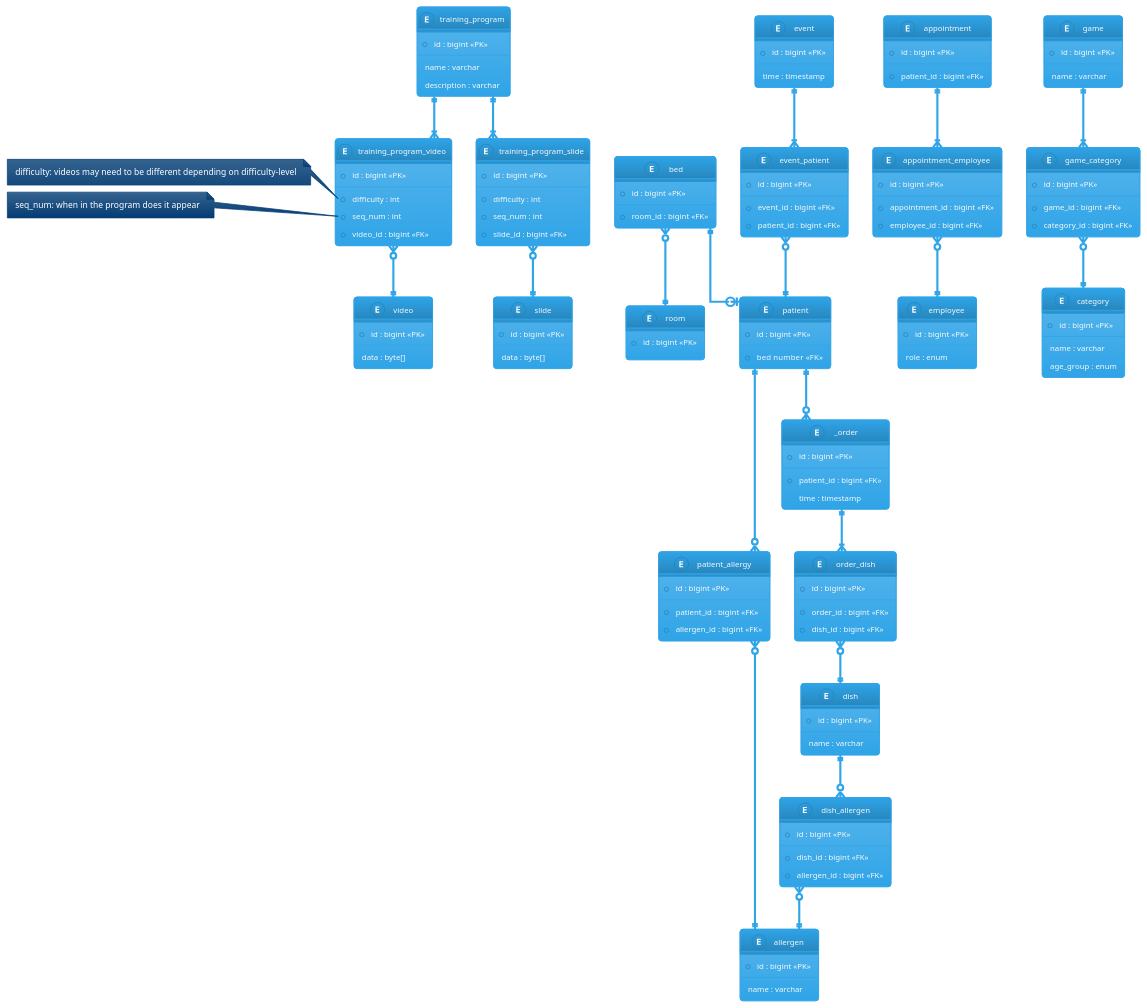
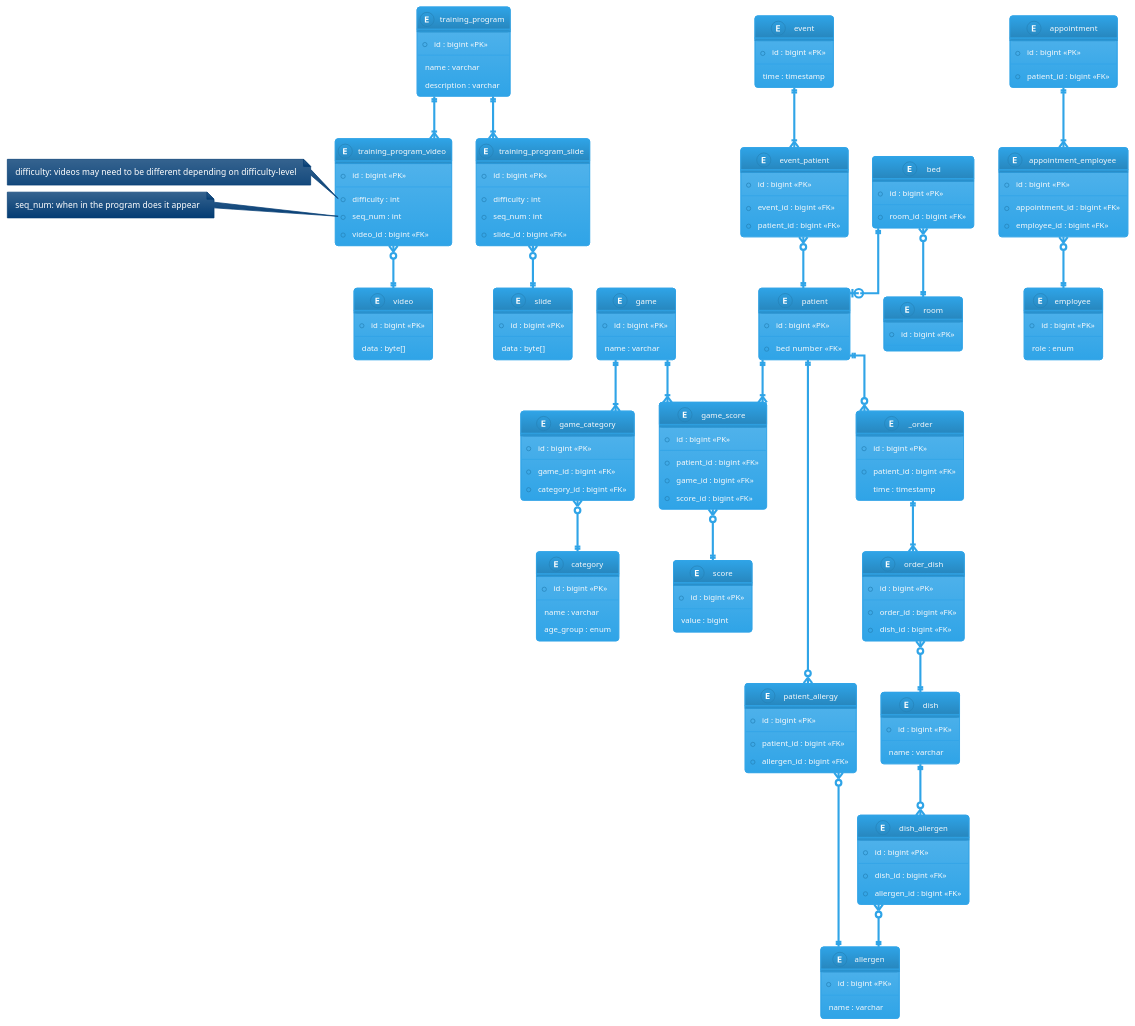
One commit to Oskar123456/SYSDAT-F25-TEAM-G changed the diagram in puml/EER.puml. Above: the diagram before and after it, drawn with PlantUML. The commit also changed 1 other file, not shown here.

Commit message:
update uml

```diff
--- a/puml/EER.puml
+++ b/puml/EER.puml
@@ -67,6 +67,20 @@
     * id : bigint <<PK>>
     --
     name : varchar
+}
+
+entity score {
+    * id : bigint <<PK>>
+    --
+    value : bigint
+}
+
+entity game_score {
+    * id : bigint <<PK>>
+    --
+    * patient_id : bigint <<FK>>
+    * game_id : bigint <<FK>>
+    * score_id : bigint <<FK>>
 }
 
 entity _order {
@@ -179,6 +193,9 @@
 
 game ||--|{ game_category
 game_category }o--|| category
+game ||--|{ game_score
+game_score }o--|| score
+patient ||--|{ game_score
 
 event ||--|{ event_patient
 event_patient }o--|| patient
```
